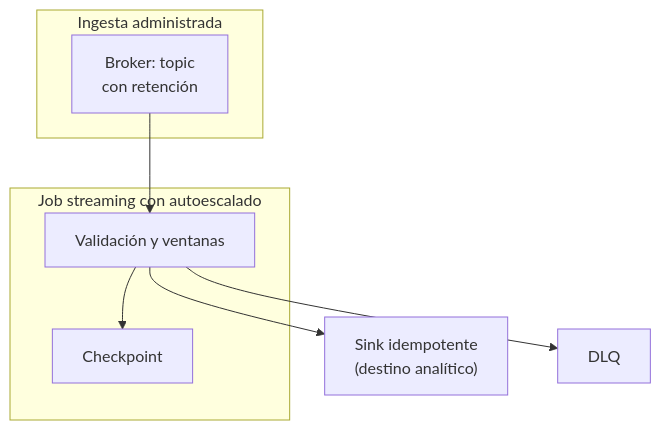
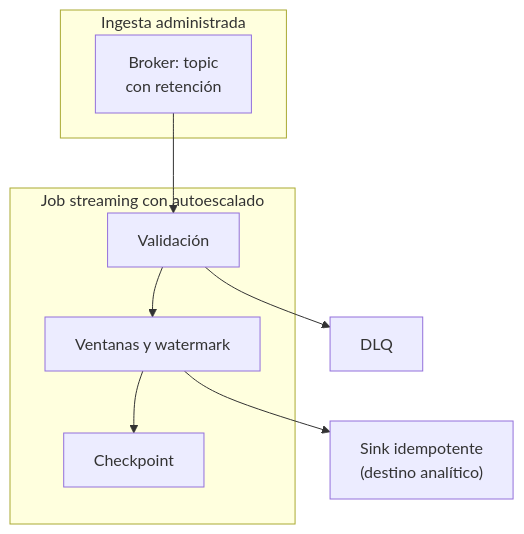
Before and after one commit to fcp4891/de-knowledge-hub: the third of 3 diagrams in content/architectures/streaming-pipeline-architecture.md, drawn with Mermaid. The commit also changed other lines of this file and 8 other files, not shown here.

````diff
--- a/content/architectures/streaming-pipeline-architecture.md
+++ b/content/architectures/streaming-pipeline-architecture.md
@@ -185,14 +185,16 @@
 ```mermaid
 flowchart TB
   subgraph ING["Ingesta administrada"]
     B["Broker: topic<br/>con retención"]
   end
   subgraph PROC["Job streaming con autoescalado"]
-    J["Validación y ventanas"]
+    V["Validación"]
+    W["Ventanas y watermark"]
     C["Checkpoint"]
   end
-  B --> J
-  J --> C
-  J --> S["Sink idempotente<br/>(destino analítico)"]
-  J --> D["DLQ"]
+  B --> V
+  V --> W
+  W --> C
+  W --> S["Sink idempotente<br/>(destino analítico)"]
+  V --> D["DLQ"]
 ```
````
